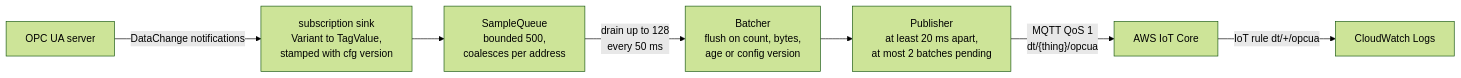
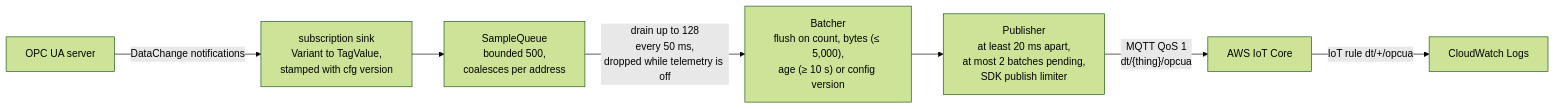
The sixth of 10 diagrams in README.md (ergousha/esp32-opcua-gateway-rust), drawn with Mermaid (forest theme) before and after one commit. The commit also changed other lines of this file and 37 other files, not shown here.

````diff
--- a/README.md
+++ b/README.md
@@ -243,9 +277,9 @@
 ```mermaid
 flowchart LR
     plc["OPC UA server"] -->|"DataChange notifications"| sink["subscription sink<br/>Variant to TagValue,<br/>stamped with cfg version"]
     sink --> queue["SampleQueue<br/>bounded 500,<br/>coalesces per address"]
-    queue -->|"drain up to 128<br/>every 50 ms"| batcher["Batcher<br/>flush on count, bytes,<br/>age or config version"]
-    batcher --> publisher["Publisher<br/>at least 20 ms apart,<br/>at most 2 batches pending"]
+    queue -->|"drain up to 128<br/>every 50 ms,<br/>dropped while telemetry is off"| batcher["Batcher<br/>flush on count, bytes (≤ 5,000),<br/>age (≥ 10 s) or config version"]
+    batcher --> publisher["Publisher<br/>at least 20 ms apart,<br/>at most 2 batches pending,<br/>SDK publish limiter"]
     publisher -->|"MQTT QoS 1<br/>dt/{thing}/opcua"| iot["AWS IoT Core"]
     iot -->|"IoT rule dt/+/opcua"| cw["CloudWatch Logs"]
 ```
````
